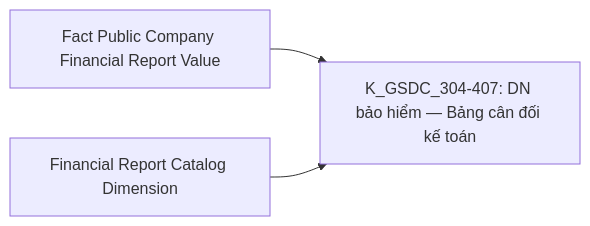
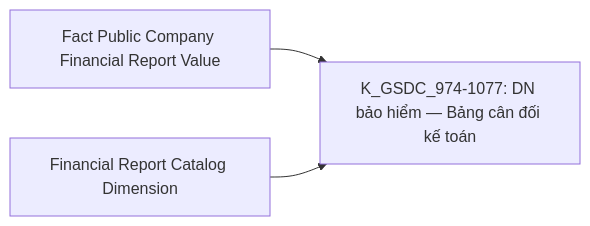
One commit to linhlvit/ubck_atomic_design changed diagram 39 of 55 in Datamart/hld/DTM_GSDC_HLD.md. Above: the diagram before and after it, drawn with Mermaid. The commit also changed other lines of this file and 2 other files, not shown here.

Commit message:
update GSDC

````diff
--- a/Datamart/hld/DTM_GSDC_HLD.md
+++ b/Datamart/hld/DTM_GSDC_HLD.md
@@ -2106,5 +2113,5 @@
 ```mermaid
 flowchart LR
-    fct_pc_fr_val_g23["Fact Public Company Financial Report Value"] --> R23["K_GSDC_304-407: DN bảo hiểm — Bảng cân đối kế toán"]
+    fct_pc_fr_val_g23["Fact Public Company Financial Report Value"] --> R23["K_GSDC_974-1077: DN bảo hiểm — Bảng cân đối kế toán"]
     financial_rpt_catalog_dim_g23["Financial Report Catalog Dimension"] --> R23
 ```
````
